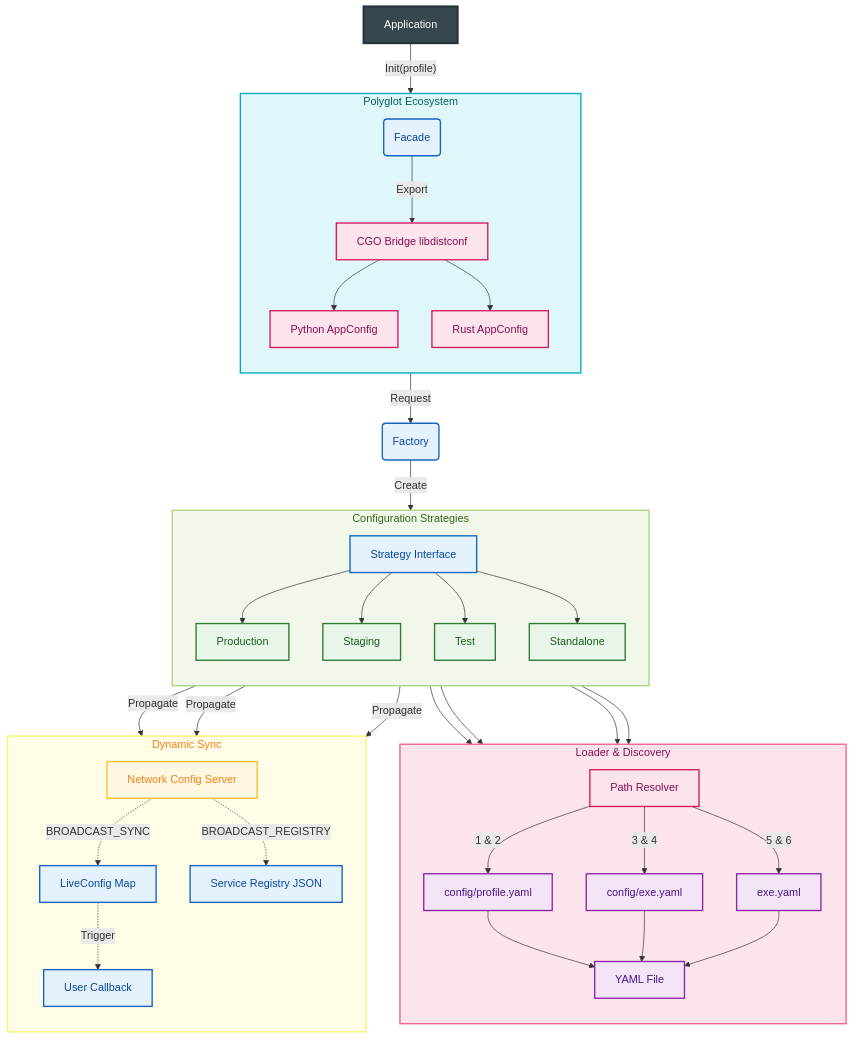
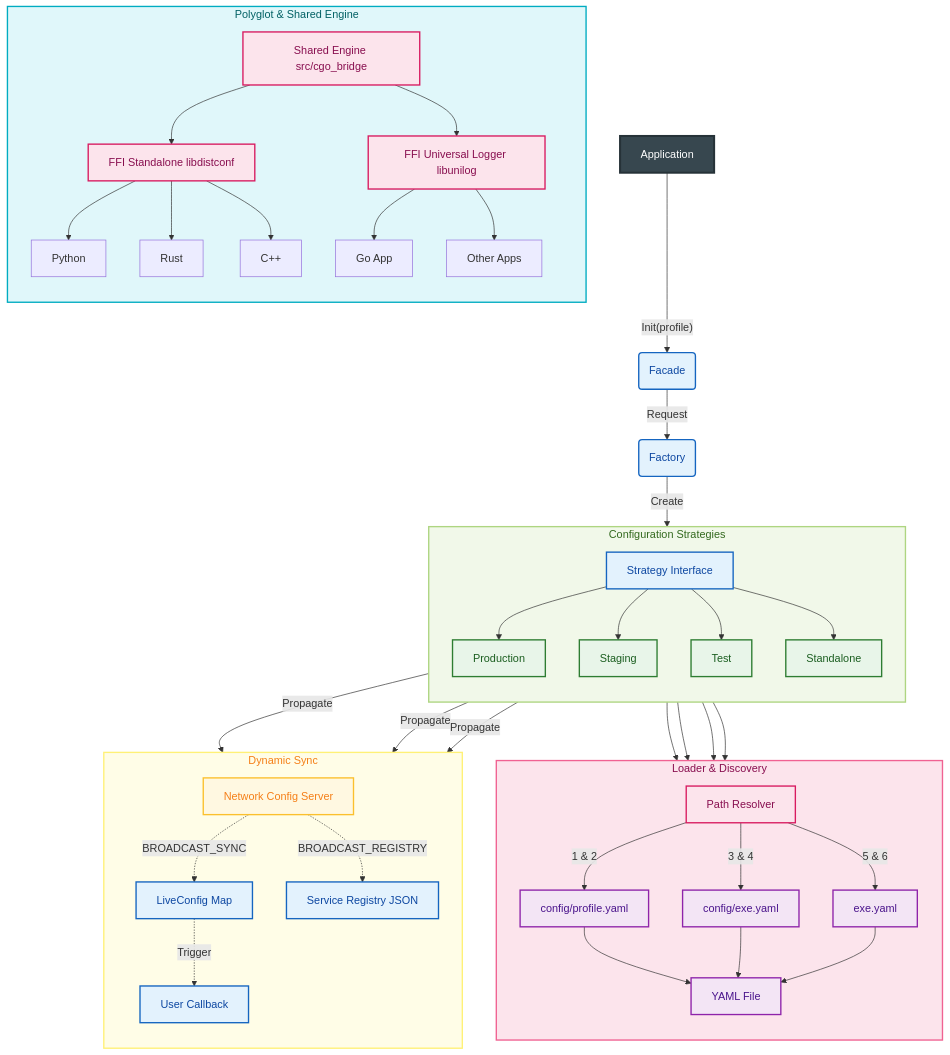
One commit to Bastien-Antigravity/distributed-config changed the diagram in ARCHITECTURE.md. Above: the diagram before and after it, drawn with Mermaid. The commit also changed other lines of this file, not shown here.

Commit message:
docs: update architecture to reflect shared CGO engine logic and FFI implementation best practices

````diff
--- a/ARCHITECTURE.md
+++ b/ARCHITECTURE.md
@@ -18,55 +18,59 @@
 ```mermaid
 flowchart TD
     %% Styles
     classDef core fill:#e3f2fd,stroke:#1565c0,stroke-width:2px,color:#0d47a1;
     classDef strategy fill:#e8f5e9,stroke:#2e7d32,stroke-width:2px,color:#1b5e20;
     classDef net fill:#fff8e1,stroke:#fbc02d,stroke-width:2px,color:#f57f17;
     classDef file fill:#f3e5f5,stroke:#8e24aa,stroke-width:2px,color:#4a148c;
     classDef loader fill:#fce4ec,stroke:#d81b60,stroke-width:2px,color:#880e4f;
 
     %% Application Node Styling
     style App fill:#37474f,stroke:#263238,stroke-width:3px,color:#ffffff
 
     %% Nodes
     App[Application] -->|"Init(profile)"| Facade(Facade):::core
     Facade -->|Request| Factory(Factory):::core
     Factory -->|Create| StratInterface[Strategy Interface]:::core
 
     subgraph Strategies [Configuration Strategies]
         direction TB
         StratInterface --> Prod[Production]:::strategy
         StratInterface --> Stag[Staging]:::strategy
         StratInterface --> Test[Test]:::strategy
         StratInterface --> Stand[Standalone]:::strategy
     end
     style Strategies fill:#f1f8e9,stroke:#aed581,stroke-width:2px,color:#33691e
 
     subgraph Discovery [Loader & Discovery]
         direction TB
         Prod & Stag & Test & Stand --> Loader[Path Resolver]:::loader
         Loader -->|1 & 2| ConfigSub[config/profile.yaml]:::file
         Loader -->|3 & 4| ConfigDef[config/exe.yaml]:::file
         Loader -->|5 & 6| RootDef[exe.yaml]:::file
         ConfigSub & ConfigDef & RootDef --> YAML[YAML File]:::file
     end
     style Discovery fill:#fce4ec,stroke:#f06292,stroke-width:2px,color:#880e4f
 
-    subgraph Polyglot [Polyglot Ecosystem]
+    subgraph Polyglot [Polyglot & Shared Engine]
         direction TB
-        CGO[CGO Bridge libdistconf]:::loader
-        Py[Python AppConfig]:::loader
-        Rs[Rust AppConfig]:::loader
-        CGO --> Py & Rs
-        Facade -->|Export| CGO
+        Logic[Shared Engine src/cgo_bridge]:::loader
+        FFI_Dist[FFI Standalone libdistconf]:::loader
+        FFI_Log[FFI Universal Logger libunilog]:::loader
+        
+        Logic --> FFI_Dist
+        Logic --> FFI_Log
+        
+        FFI_Dist --> Py[Python] & Rs[Rust] & CPP[C++]
+        FFI_Log --> GoLogger[Go App] & Apps[Other Apps]
     end
     style Polyglot fill:#e0f7fa,stroke:#00acc1,stroke-width:2px,color:#006064
 
     subgraph Sync [Dynamic Sync]
         direction TB
         Prod & Stag & Test -->|Propagate| Net[Network Config Server]:::net
         Net -.->|BROADCAST_SYNC| LiveConfig[LiveConfig Map]:::core
         Net -.->|BROADCAST_REGISTRY| Registry[Service Registry JSON]:::core
         LiveConfig -.->|Trigger| Callback[User Callback]:::core
     end
     style Sync fill:#fffde7,stroke:#fff176,stroke-width:2px,color:#f57f17
 ```
````
